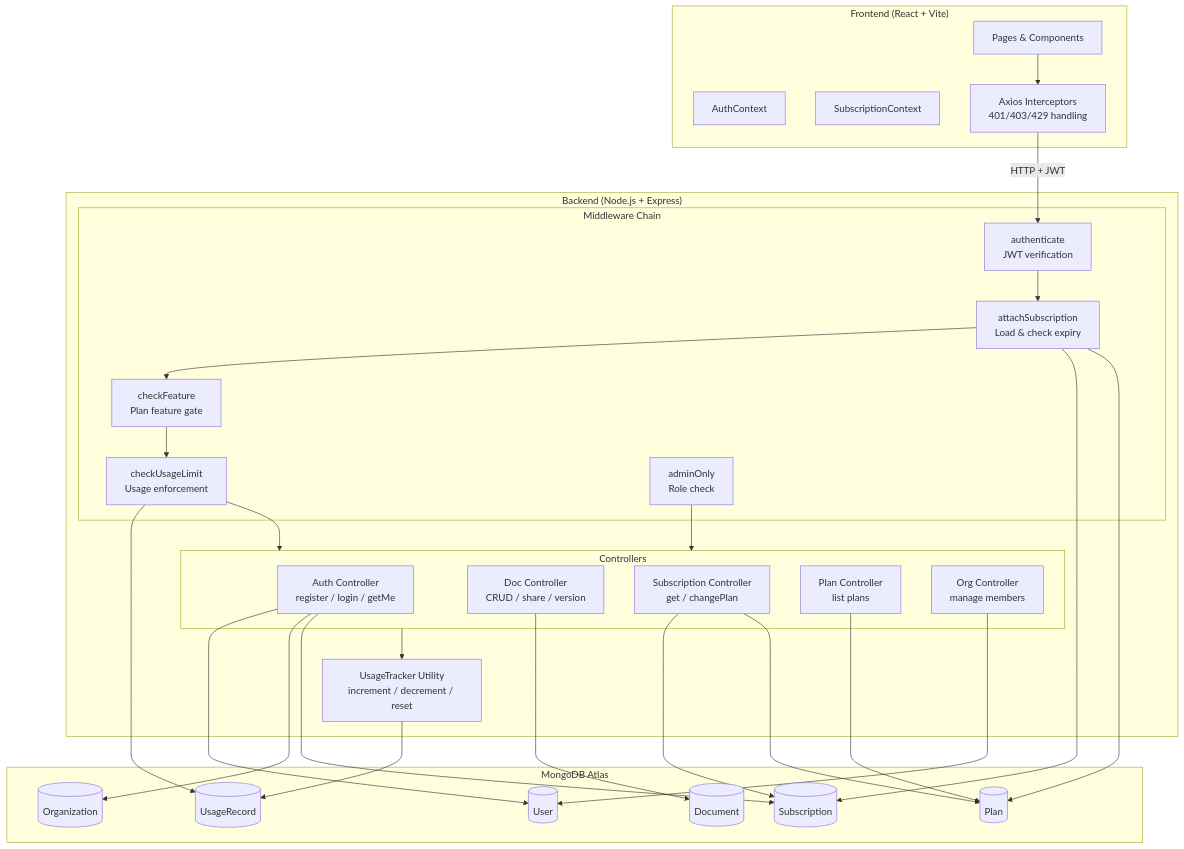
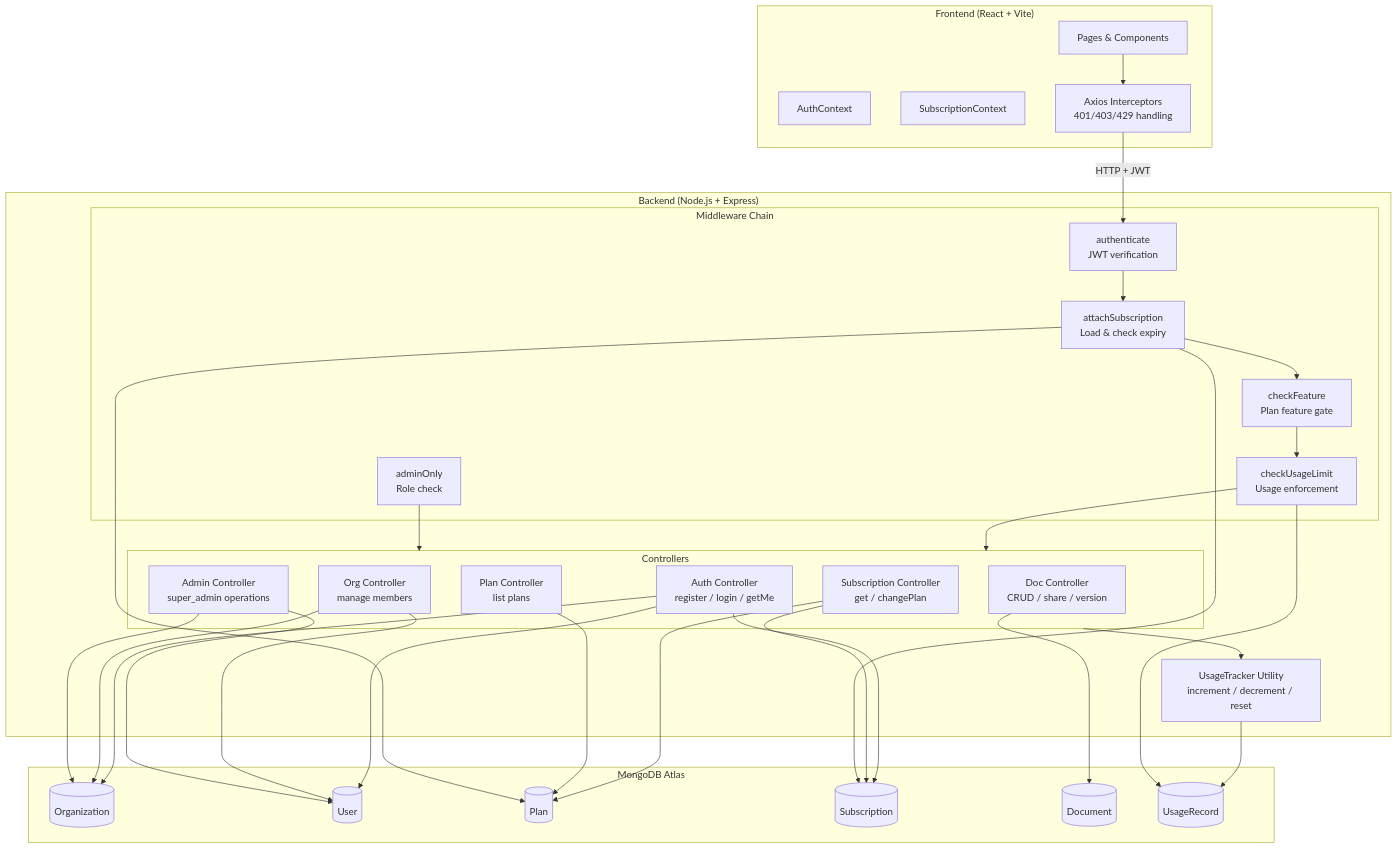
Before and after one commit to Akashog123/docsvault: the first of 3 diagrams in docs/architecture-diagram.md, drawn with Mermaid. The commit also changed 4 other files, not shown here.

First line of the commit message:
docs: update all documentation to reflect current architecture

````diff
--- a/docs/architecture-diagram.md
+++ b/docs/architecture-diagram.md
@@ -5,62 +5,66 @@
 ```mermaid
 flowchart TB
     subgraph Client["Frontend (React + Vite)"]
         UI[Pages & Components]
         AC[AuthContext]
         SC[SubscriptionContext]
         API[Axios Interceptors<br/>401/403/429 handling]
     end
 
     subgraph Server["Backend (Node.js + Express)"]
         subgraph MW["Middleware Chain"]
             AUTH[authenticate<br/>JWT verification]
             ATSUB[attachSubscription<br/>Load & check expiry]
             CF[checkFeature<br/>Plan feature gate]
             CUL[checkUsageLimit<br/>Usage enforcement]
             AO[adminOnly<br/>Role check]
         end
 
         subgraph Controllers
             AUTHC[Auth Controller<br/>register / login / getMe]
             DOCC[Doc Controller<br/>CRUD / share / version]
             SUBC[Subscription Controller<br/>get / changePlan]
             PLANC[Plan Controller<br/>list plans]
             ORGC[Org Controller<br/>manage members]
+            ADMINC[Admin Controller<br/>super_admin operations]
         end
 
         UT[UsageTracker Utility<br/>increment / decrement / reset]
     end
 
     subgraph DB["MongoDB Atlas"]
         ORG[(Organization)]
         USR[(User)]
         PLN[(Plan)]
         SUB[(Subscription)]
         DOC[(Document)]
         URE[(UsageRecord)]
     end
 
     UI --> API
     API -->|HTTP + JWT| AUTH
     AUTH --> ATSUB
     ATSUB --> CF
     CF --> CUL
     CUL --> Controllers
     AO --> Controllers
 
     Controllers --> UT
     UT --> URE
 
     AUTHC --> USR
     AUTHC --> ORG
     AUTHC --> SUB
     DOCC --> DOC
     SUBC --> SUB
     SUBC --> PLN
     PLANC --> PLN
     ORGC --> USR
+    ORGC --> ORG
+    ADMINC --> ORG
+    ADMINC --> USR
 
     ATSUB --> SUB
     ATSUB --> PLN
     CUL --> URE
 ```
````
